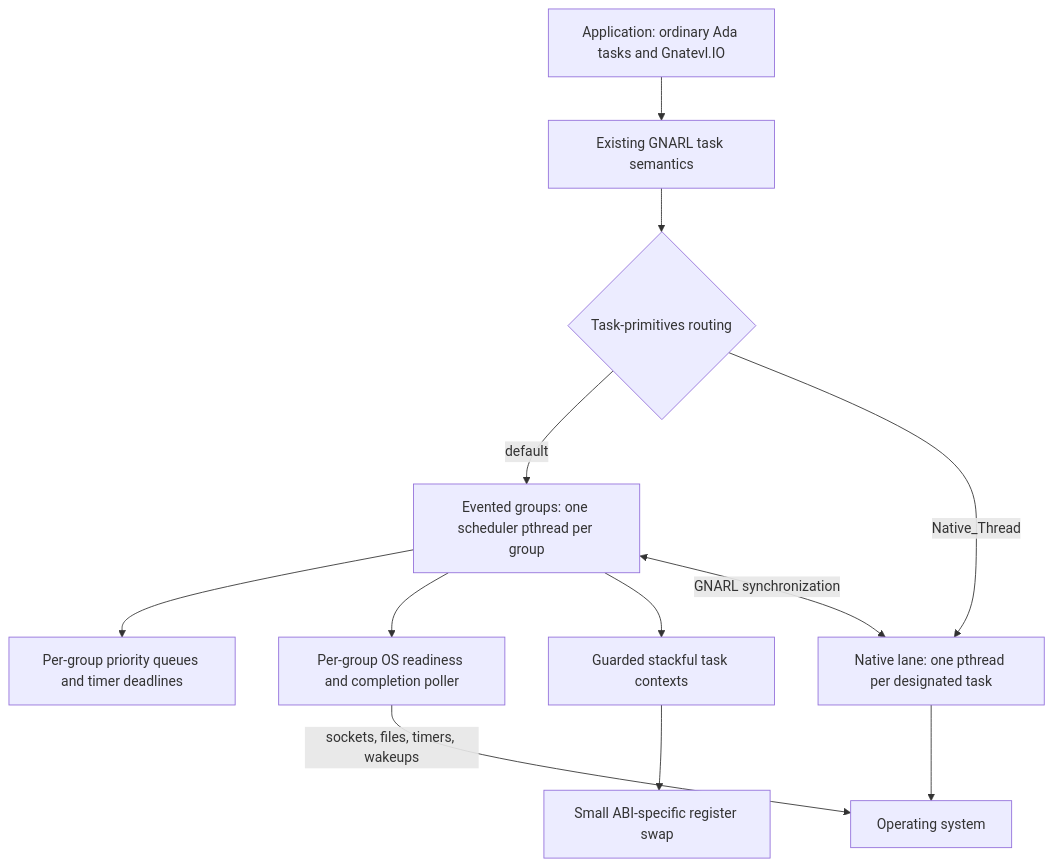
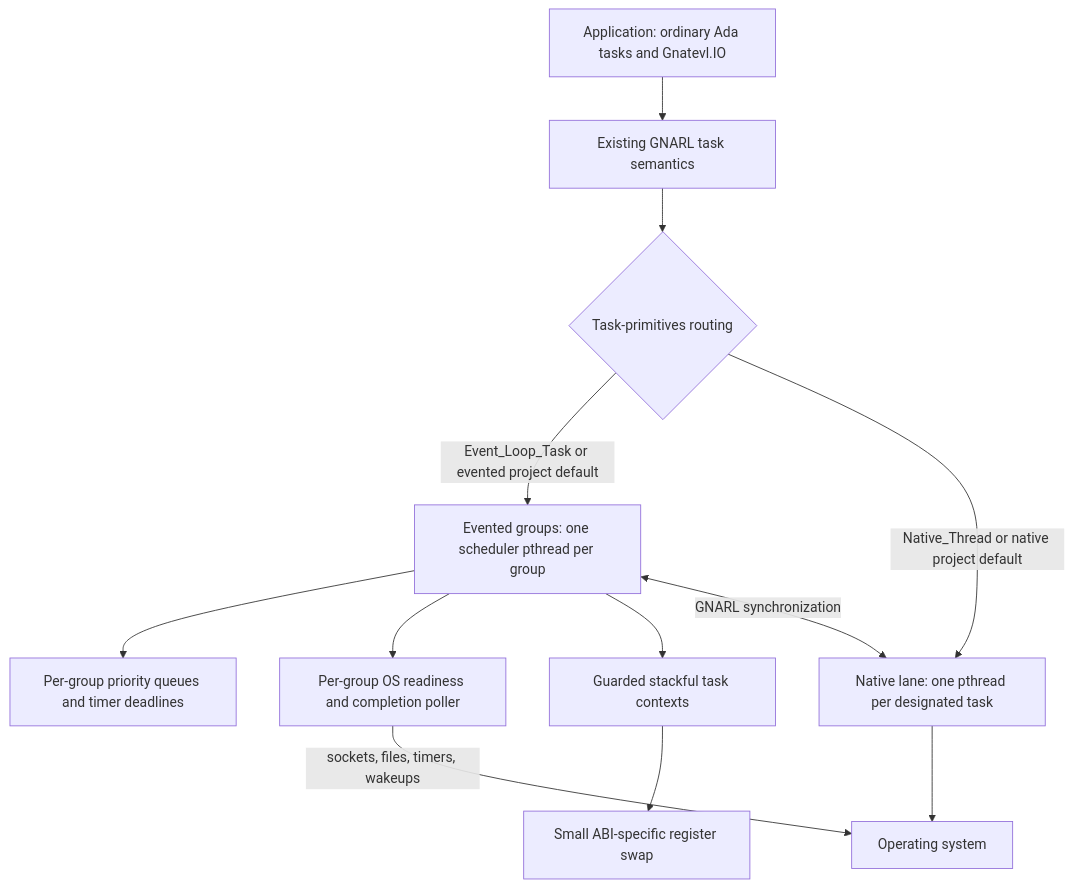
Before and after one commit to flyology-ada/flyology: the first of 3 diagrams in README.md, drawn with Mermaid. The commit also changed other lines of this file and 32 other files, not shown here.

First line of the commit message:
Problem: Evented execution changes unannotated task behavior

````diff
--- a/README.md
+++ b/README.md
@@ -109,23 +136,23 @@
 ```mermaid
 flowchart TB
     A[Application: ordinary Ada tasks and Gnatevl.IO]
     G[Existing GNARL task semantics]
     R{Task-primitives routing}
     E[Evented groups: one scheduler pthread per group]
     N[Native lane: one pthread per designated task]
     Q[Per-group priority queues and timer deadlines]
     K[Per-group OS readiness and completion poller]
     C[Guarded stackful task contexts]
     X[Small ABI-specific register swap]
     O[Operating system]
 
     A --> G --> R
-    R -->|default| E
-    R -->|Native_Thread| N
+    R -->|Event_Loop_Task or evented project default| E
+    R -->|Native_Thread or native project default| N
     E --> Q
     E --> K
     E --> C --> X
     E <-->|GNARL synchronization| N
     K -->|sockets, files, timers, wakeups| O
     N --> O
 ```
````
